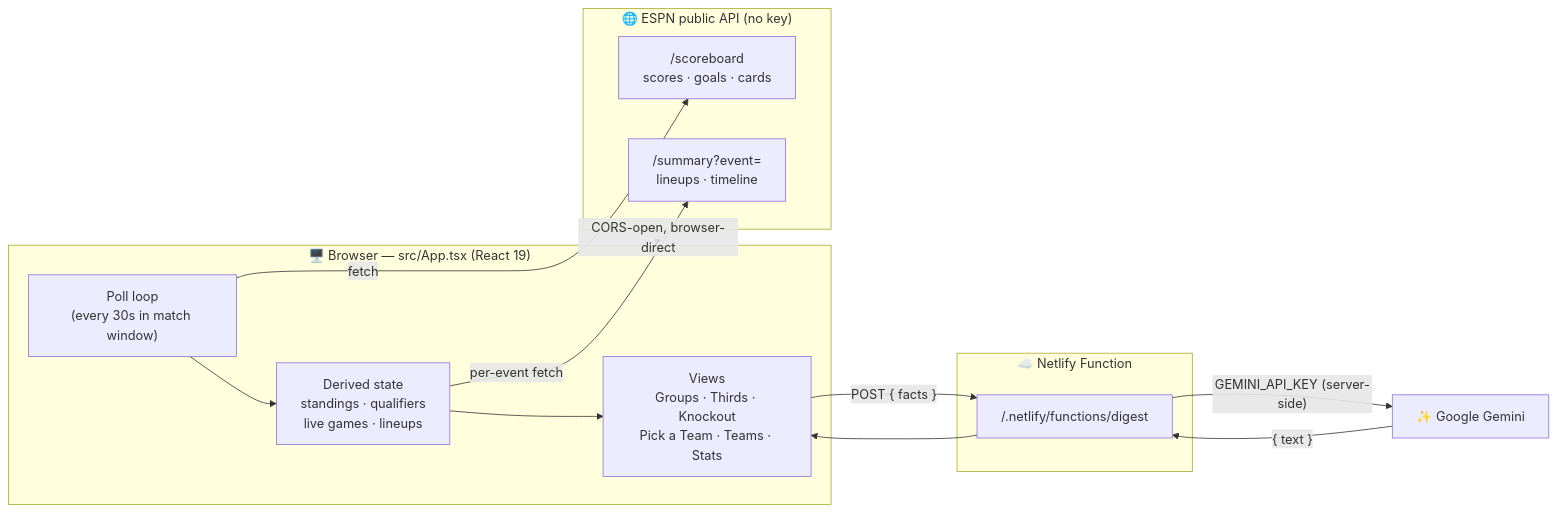
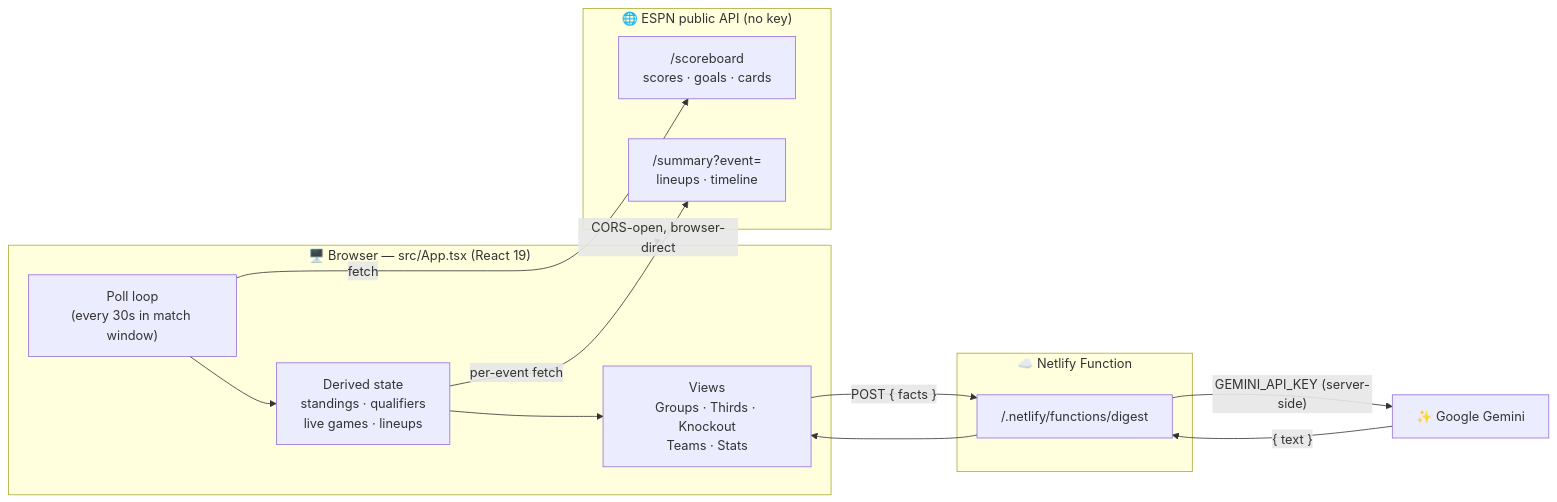
One commit to kaimrdth/WC2026 changed the first of 4 diagrams in README.md. Above: the diagram before and after it, drawn with Mermaid. The commit also changed other lines of this file and 1 other file, not shown here.

````diff
--- a/README.md
+++ b/README.md
@@ -65,28 +64,28 @@
 ```mermaid
 flowchart LR
     subgraph Browser["🖥️ Browser — src/App.tsx (React 19)"]
         Poll["Poll loop<br/>(every 30s in match window)"]
         State["Derived state<br/>standings · qualifiers<br/>live games · lineups"]
-        UI["Views<br/>Groups · Thirds · Knockout<br/>Pick a Team · Teams · Stats"]
+        UI["Views<br/>Groups · Thirds · Knockout<br/>Teams · Stats"]
         Poll --> State --> UI
     end
 
     subgraph ESPN["🌐 ESPN public API (no key)"]
         Scoreboard["/scoreboard<br/>scores · goals · cards"]
         Summary["/summary?event=<id><br/>lineups · timeline"]
     end
 
     subgraph Netlify["☁️ Netlify Function"]
         Digest["/.netlify/functions/digest"]
     end
 
     Gemini["✨ Google Gemini"]
 
     Poll -->|fetch| Scoreboard
     State -->|per-event fetch| Summary
     UI -->|"POST { facts }"| Digest
     Digest -->|"GEMINI_API_KEY (server-side)"| Gemini
     Gemini -->|"{ text }"| Digest --> UI
 
     ESPN -.CORS-open, browser-direct.-> Browser
 ```
````
